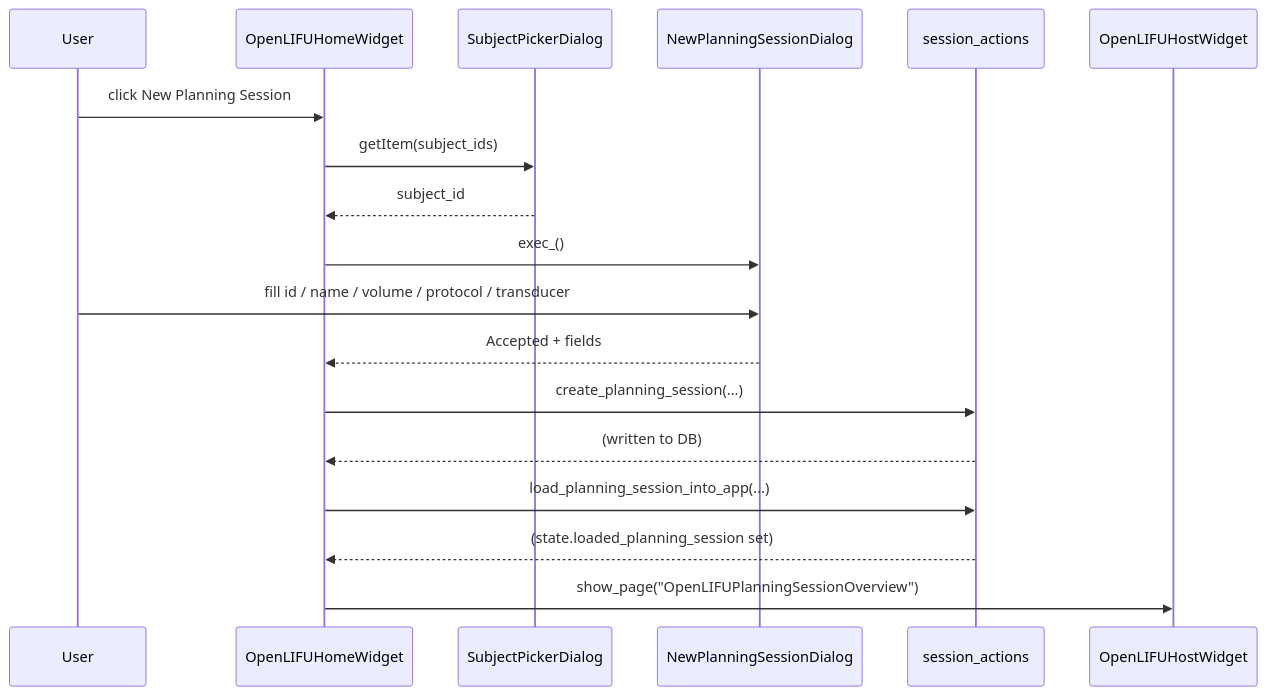
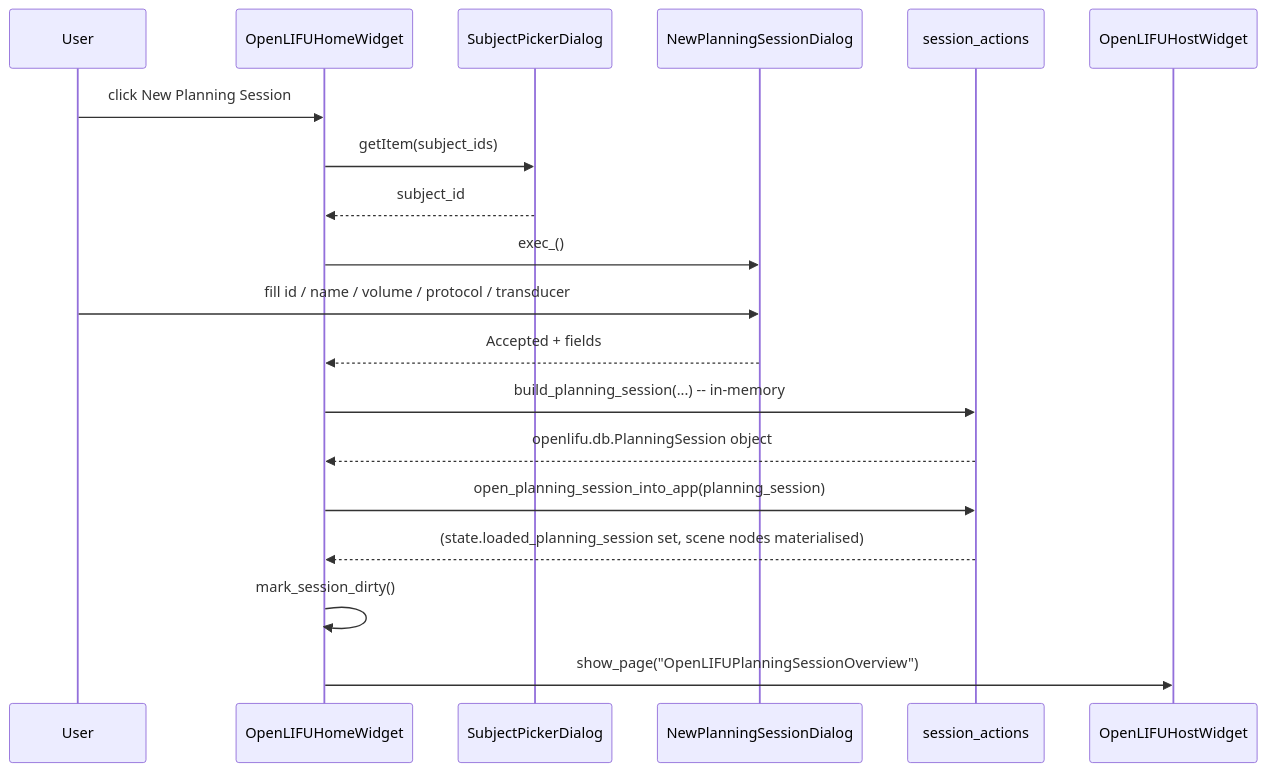
Before and after one commit to OpenwaterHealth/SlicerOpenLIFU: the third of 3 diagrams in docs/pages/home.md, drawn with Mermaid. The commit also changed other lines of this file and 7 other files, not shown here.

````diff
--- a/docs/pages/home.md
+++ b/docs/pages/home.md
@@ -122,21 +122,22 @@
 ```mermaid
 sequenceDiagram
     participant User
     participant Home as OpenLIFUHomeWidget
     participant Subject as SubjectPickerDialog
     participant Dialog as NewPlanningSessionDialog
     participant SA as session_actions
     participant Host as OpenLIFUHostWidget
 
     User->>Home: click New Planning Session
     Home->>Subject: getItem(subject_ids)
     Subject-->>Home: subject_id
     Home->>Dialog: exec_()
     User->>Dialog: fill id / name / volume / protocol / transducer
     Dialog-->>Home: Accepted + fields
-    Home->>SA: create_planning_session(...)
-    SA-->>Home: (written to DB)
-    Home->>SA: load_planning_session_into_app(...)
-    SA-->>Home: (state.loaded_planning_session set)
+    Home->>SA: build_planning_session(...) -- in-memory
+    SA-->>Home: openlifu.db.PlanningSession object
+    Home->>SA: open_planning_session_into_app(planning_session)
+    SA-->>Home: (state.loaded_planning_session set, scene nodes materialised)
+    Home->>Home: mark_session_dirty()
     Home->>Host: show_page("OpenLIFUPlanningSessionOverview")
 ```
````
